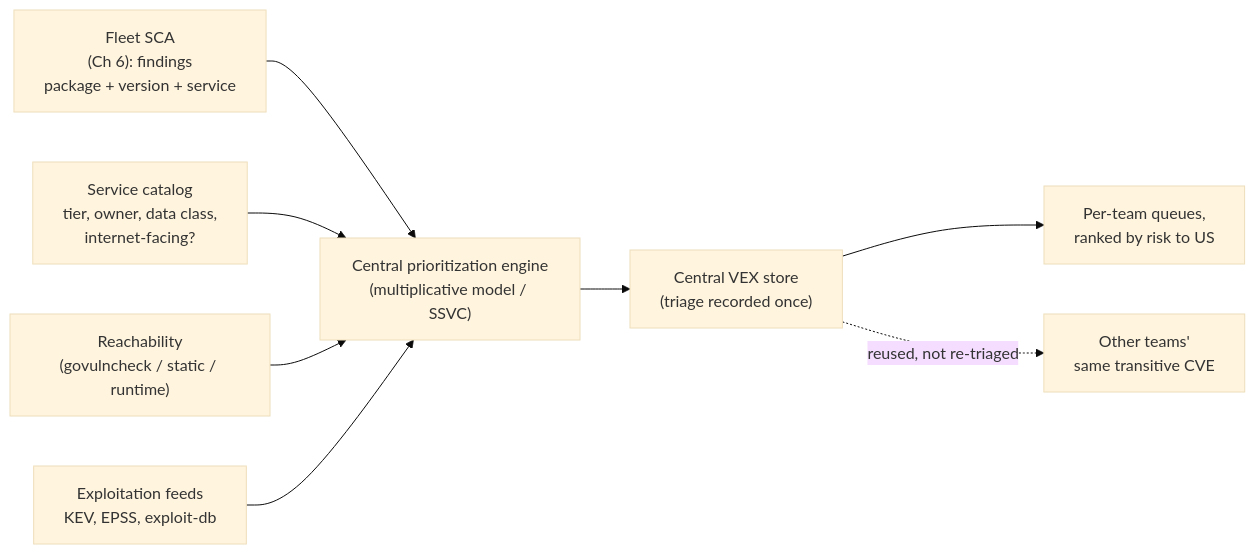
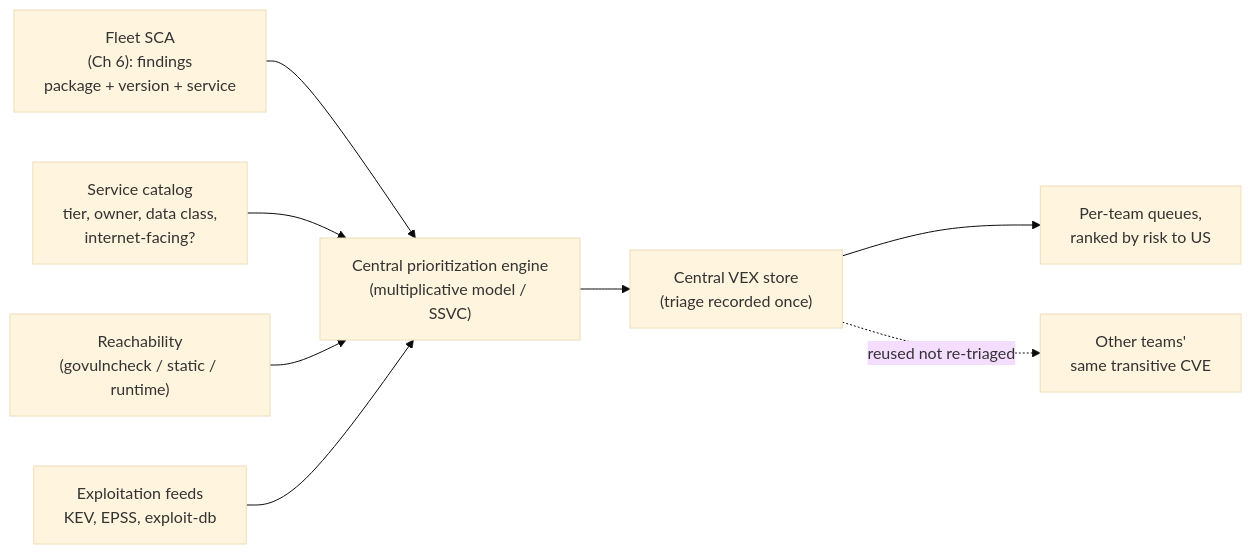
The fifth of 7 diagrams in book-02-dependencies/ch07-reachability-prioritization.md (bumbsclaw/textbooks), drawn with Mermaid (base theme) before and after one commit. The commit also changed other lines of this file and 173 other files, not shown here.

First line of the commit message:
fix(mermaid): close note brackets, semicolons in Notes, stateDiagram br -> dash, edge parens

````diff
--- a/book-02-dependencies/ch07-reachability-prioritization.md
+++ b/book-02-dependencies/ch07-reachability-prioritization.md
@@ -595,10 +595,10 @@
 ```mermaid
 flowchart LR
     SCAN["Fleet SCA<br/>(Ch 6): findings<br/>package + version + service"] --> JOIN
     CAT["Service catalog<br/>tier, owner, data class,<br/>internet-facing?"] --> JOIN
     REACH["Reachability<br/>(govulncheck / static / runtime)"] --> JOIN
     EXPL["Exploitation feeds<br/>KEV, EPSS, exploit-db"] --> JOIN
     JOIN["Central prioritization engine<br/>(multiplicative model / SSVC)"] --> VEX["Central VEX store<br/>(triage recorded once)"]
     VEX --> Q["Per-team queues,<br/>ranked by risk to US"]
-    VEX -.->|"reused, not re-triaged"| Q2["Other teams'<br/>same transitive CVE"]
+    VEX -.->|"reused not re-triaged"| Q2["Other teams'<br/>same transitive CVE"]
 ```
````
